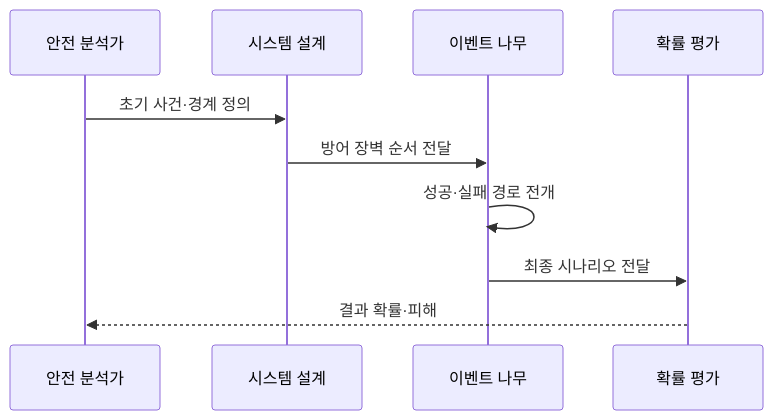
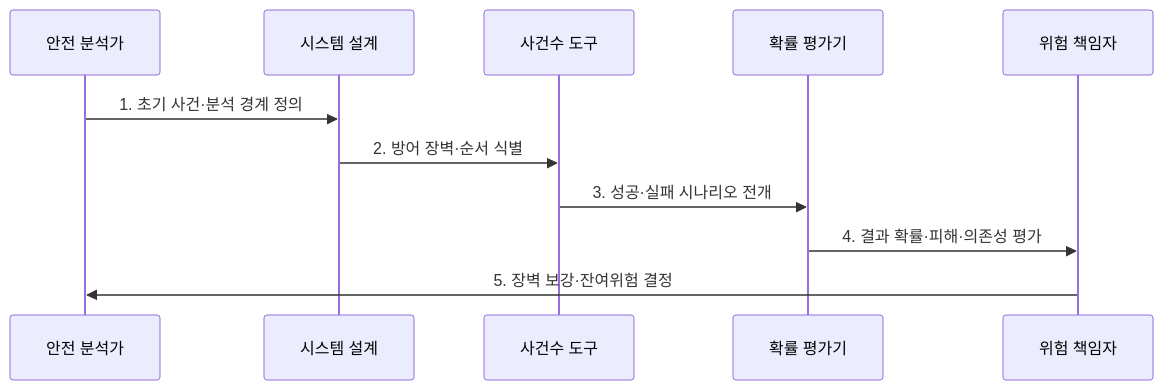
The second of 2 diagrams in src/content/docs/notes/06-evaluation/027_event_tree_analysis.md (agnusdei1207/knowledge-base), drawn with Mermaid before and after one commit. The commit also changed other lines of this file and 6 other files, not shown here.

````diff
--- a/src/content/docs/notes/06-evaluation/027_event_tree_analysis.md
+++ b/src/content/docs/notes/06-evaluation/027_event_tree_analysis.md
@@ -81,12 +84,13 @@
 ```mermaid
 sequenceDiagram
-    participant A as 안전 분석가
-    participant S as 시스템 설계
-    participant E as 이벤트 나무
-    participant Q as 확률 평가
-    A->>S: 초기 사건·경계 정의
-    S->>E: 방어 장벽 순서 전달
-    E->>E: 성공·실패 경로 전개
-    E->>Q: 최종 시나리오 전달
-    Q-->>A: 결과 확률·피해
+  participant A as 안전 분석가
+  participant S as 시스템 설계
+  participant E as 사건수 도구
+  participant Q as 확률 평가기
+  participant O as 위험 책임자
+  A->>S: 1. 초기 사건·분석 경계 정의
+  S->>E: 2. 방어 장벽·순서 식별
+  E->>Q: 3. 성공·실패 시나리오 전개
+  Q->>O: 4. 결과 확률·피해·의존성 평가
+  O->>A: 5. 장벽 보강·잔여위험 결정
 ```
````
